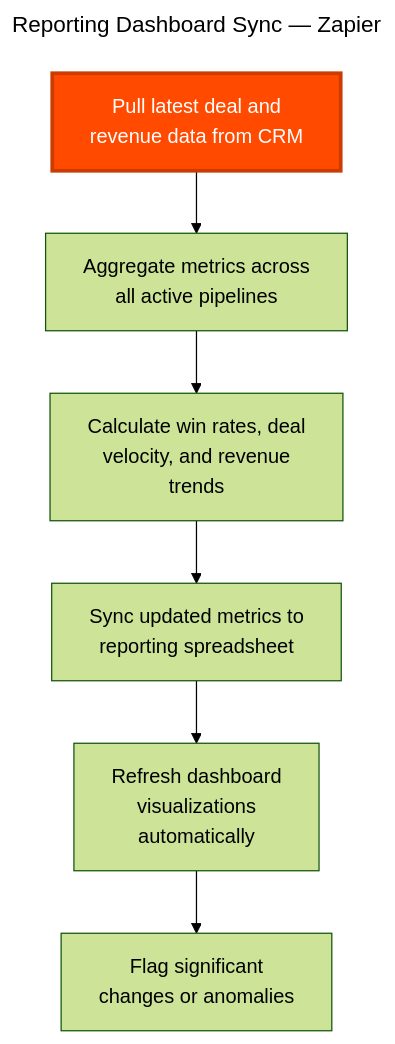
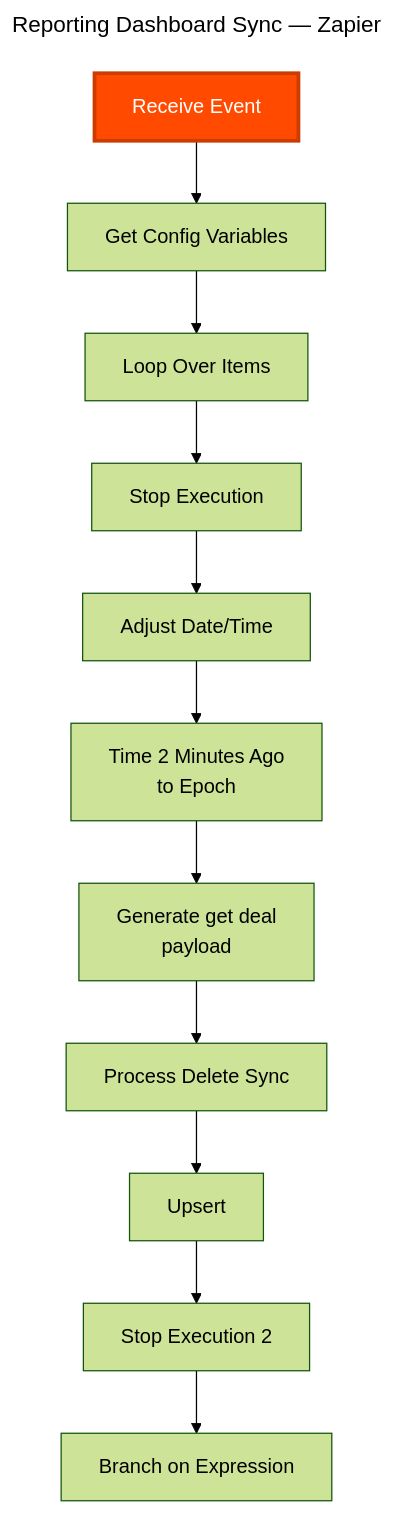
Before and after one commit to animaesuriens/home-service-os: the diagram in linkedin-posts/_pipeline/mermaid/diagrams/reporting-sync-zapier.mmd, drawn with Mermaid (forest theme). The commit also changed 97 other files, not shown here.

First line of the commit message:
feat(15-02): update word count validation to 400-700, fix npm scripts, regenerate 42 diagrams

```diff
--- a/linkedin-posts/_pipeline/mermaid/diagrams/reporting-sync-zapier.mmd
+++ b/linkedin-posts/_pipeline/mermaid/diagrams/reporting-sync-zapier.mmd
@@ -1,14 +1,19 @@
 ---
 title: Reporting Dashboard Sync — Zapier
 ---
 flowchart TD
-    T["Pull latest deal and\nrevenue data from CRM"]:::trigger
-    A1["Aggregate metrics across\nall active pipelines"]
-    A2["Calculate win rates, deal\nvelocity, and revenue\ntrends"]
-    A3["Sync updated metrics to\nreporting spreadsheet"]
-    A4["Refresh dashboard\nvisualizations\nautomatically"]
-    A5["Flag significant\nchanges or anomalies"]
+    T["Receive Event"]:::trigger
+    A1["Get Config Variables"]
+    A2["Loop Over Items"]
+    A3["Stop Execution"]
+    A4["Adjust Date/Time"]
+    A5["Time 2 Minutes Ago\nto Epoch"]
+    A6["Generate get deal\npayload"]
+    A7["Process Delete Sync"]
+    A8["Upsert"]
+    A9["Stop Execution 2"]
+    A10["Branch on Expression"]
 
-    T --> A1 --> A2 --> A3 --> A4 --> A5
+    T --> A1 --> A2 --> A3 --> A4 --> A5 --> A6 --> A7 --> A8 --> A9 --> A10
 
     classDef trigger fill:#FF4A00,stroke:#cc3b00,stroke-width:3px,color:#fff
```
